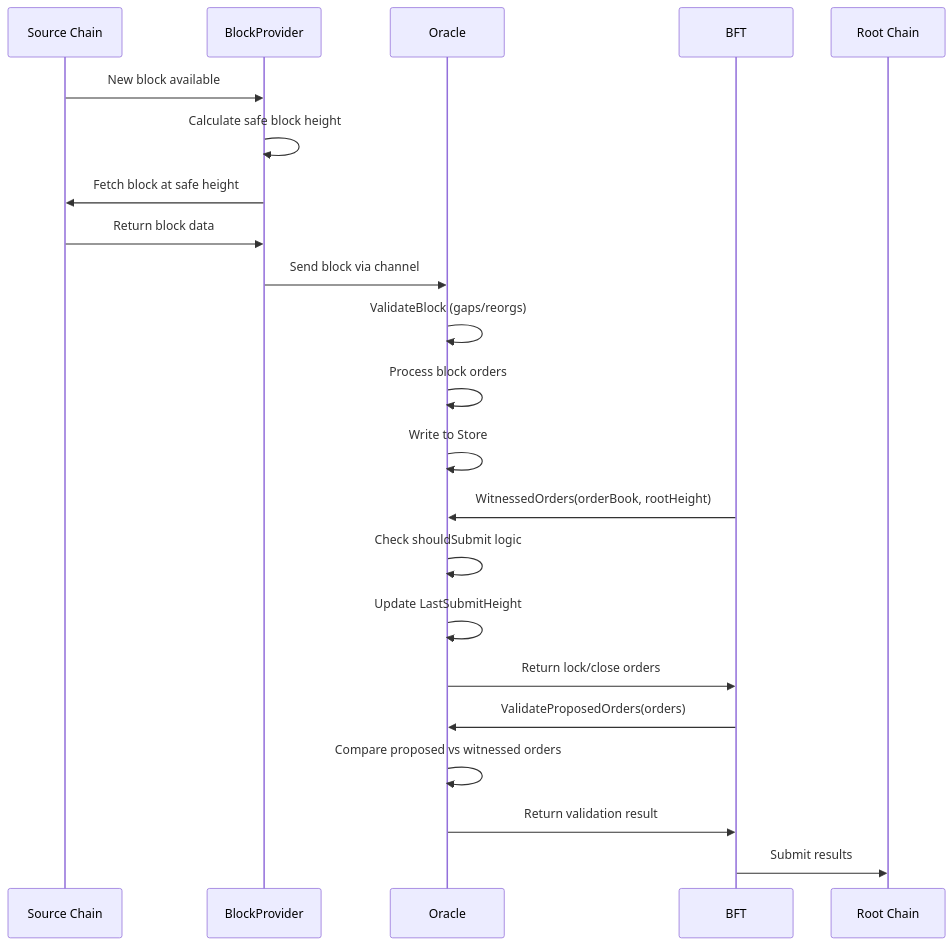
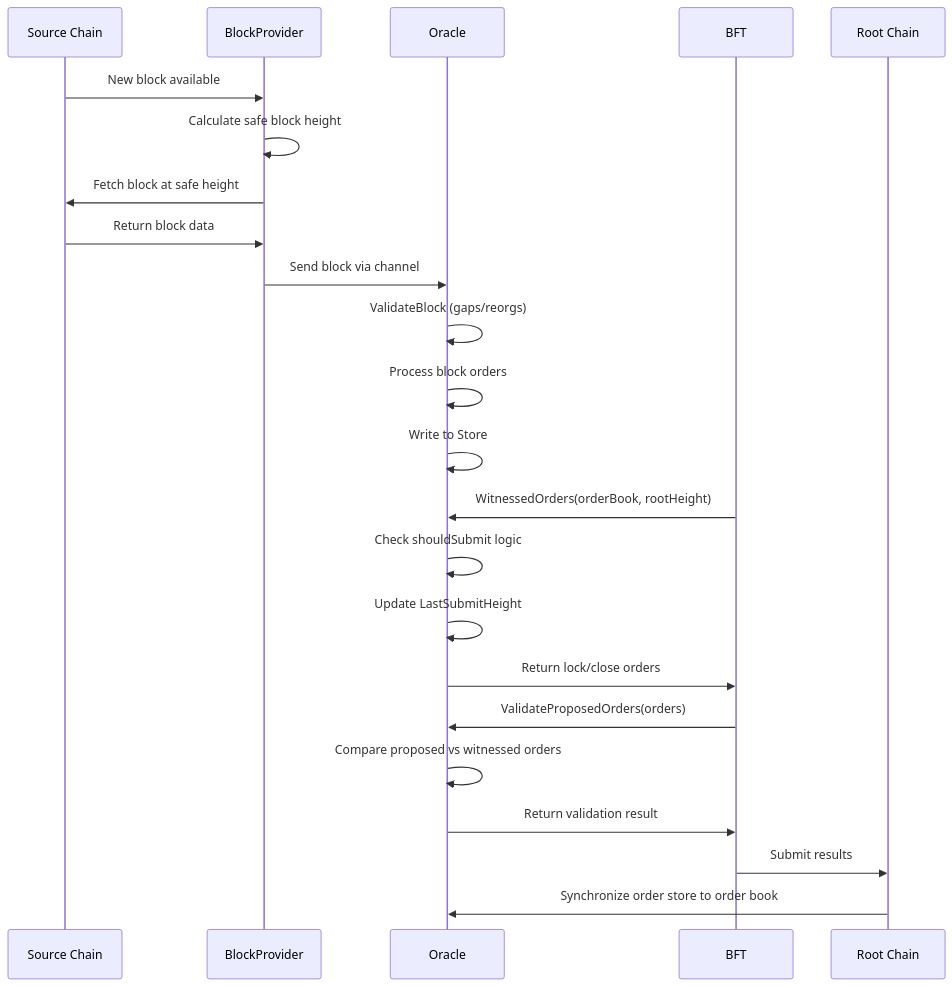
One commit to canopy-network/canopy changed the diagram in cmd/rpc/oracle/ORACLE_FLOW.md. Above: the diagram before and after it, drawn with Mermaid. The commit also changed other lines of this file, not shown here.

````diff
--- a/cmd/rpc/oracle/ORACLE_FLOW.md
+++ b/cmd/rpc/oracle/ORACLE_FLOW.md
@@ -24,34 +9,35 @@
 ```mermaid
 sequenceDiagram
     participant SC as Source Chain
     participant BP as BlockProvider
     participant O as Oracle
     participant BFT as BFT
     participant RC as Root Chain
 
     %% Block retrieval and processing
     SC->>BP: New block available
     BP->>BP: Calculate safe block height
     BP->>SC: Fetch block at safe height
     SC->>BP: Return block data
     BP->>O: Send block via channel
     
     %% Oracle block processing
     O->>O: ValidateBlock (gaps/reorgs)
     O->>O: Process block orders
     O->>O: Write to Store
     
     %% BFT consensus integration
     BFT->>O: WitnessedOrders(orderBook, rootHeight)
     O->>O: Check shouldSubmit logic
     O->>O: Update LastSubmitHeight
     O->>BFT: Return lock/close orders
     
     %% Block proposal validation
     BFT->>O: ValidateProposedOrders(orders)
     O->>O: Compare proposed vs witnessed orders
     O->>BFT: Return validation result
     
     %% Root Chain interaction
     BFT->>RC: Submit results
+    RC->>O: Synchronize order store to order book
 ```
````
